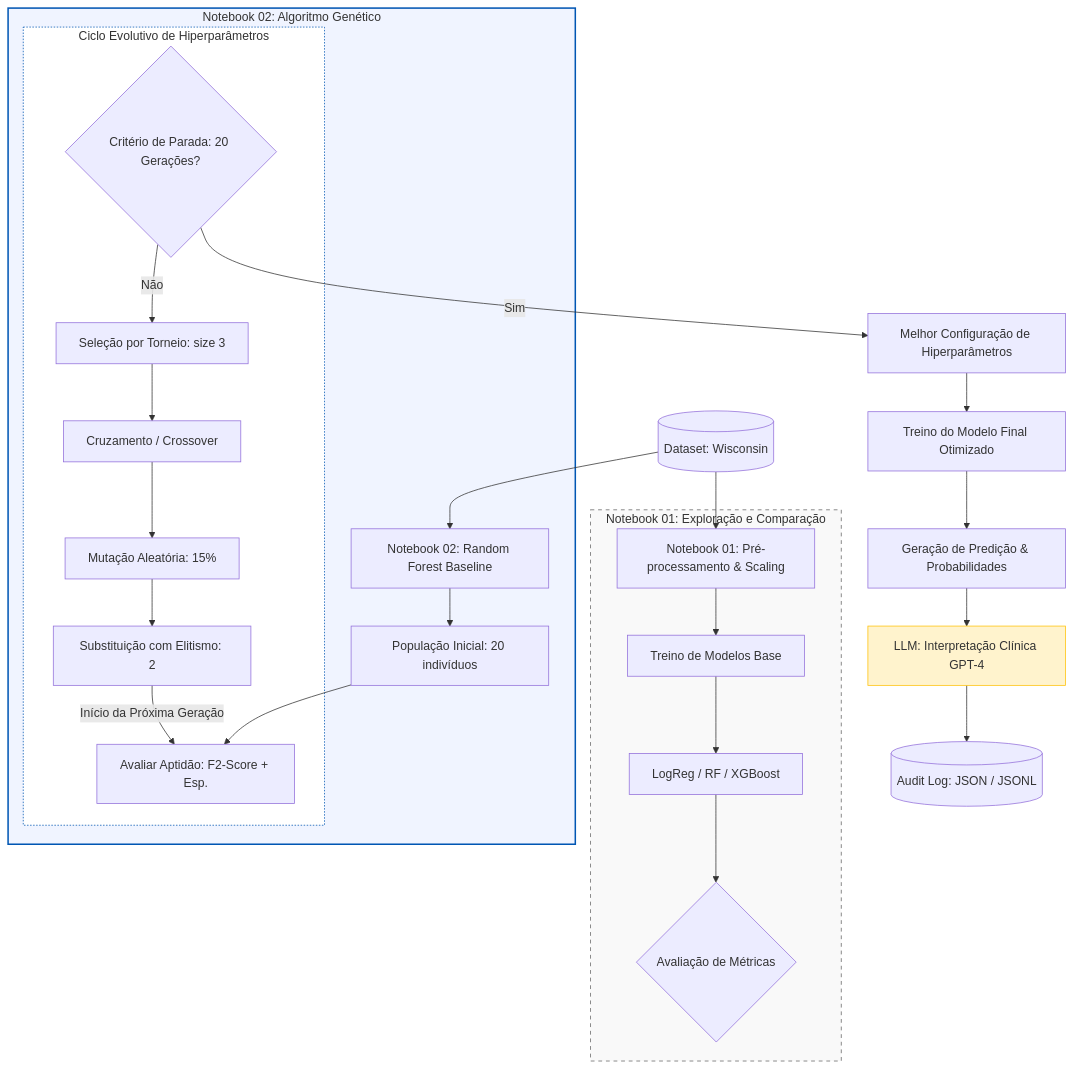
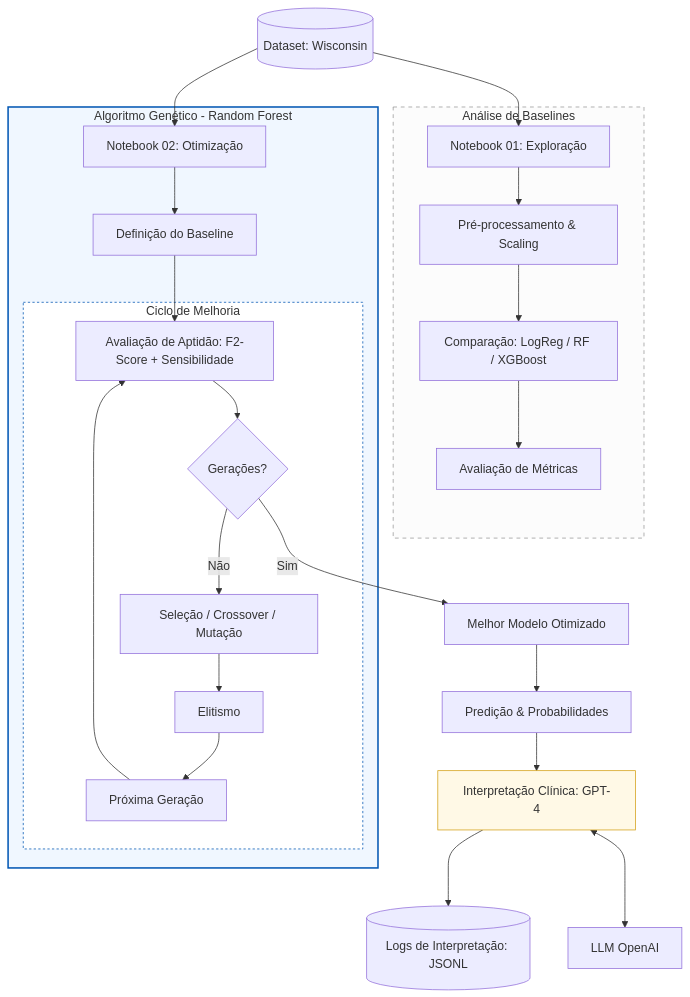
Before and after one commit to seiji8503/fiap-ia-tech-challenge-2-women-health: the diagram in readme.md, drawn with Mermaid.

Commit message:
Architecture

````diff
--- a/readme.md
+++ b/readme.md
@@ -102,43 +102,45 @@
 ```mermaid
-flowchart TD
-    %% Base de Dados
-    A[(Dataset: Wisconsin)] --> B1[Notebook 01: Pré-processamento & Scaling]
-    A[(Dataset: Wisconsin)] --> B2[Notebook 02: Random Forest Baseline]
+flowchart TB
+ subgraph N1["Análise de Baselines"]
+        Pre["Pré-processamento & Scaling"]
+        N1_Start["Notebook 01: Exploração"]
+        Comp["Comparação: LogReg / RF / XGBoost"]
+        Eval_N1["Avaliação de Métricas"]
+  end
+ subgraph Loop["Ciclo de Melhoria"]
+        Fit["Avaliação de Aptidão: F2-Score + Sensibilidade"]
+        Stop{"Gerações?"}
+        Genetic["Seleção / Crossover / Mutação"]
+        Elite["Elitismo"]
+        n1["Próxima Geração"]
+  end
+ subgraph N2["Algoritmo Genético - Random Forest"]
+        Base["Definição do Baseline"]
+        N2_Start["Notebook 02: Otimização"]
+        Loop
+  end
+    Data[("Dataset: Wisconsin")] --> N1_Start & N2_Start
+    N1_Start --> Pre
+    Pre --> Comp
+    Comp --> Eval_N1
+    N2_Start --> Base
+    Stop -- Não --> Genetic
+    Genetic --> Elite
+    Stop -- Sim --> Best["Melhor Modelo Otimizado"]
+    Best --> Predict["Predição & Probabilidades"]
+    Predict --> LLM["Interpretação Clínica: GPT-4"]
+    LLM --> Audit[("Logs de Interpretação: JSONL")]
+    LLM <--> n2["LLM OpenAI"]
+    Fit --> Stop
+    n1 --> Fit
+    Elite --> n1
+    Base --> Fit
 
-    %% Notebook 01: Fluxo em Paralelo
-    subgraph N1 [Notebook 01: Exploração e Comparação]
-        B1 --> C1[Treino de Modelos Base]
-        C1 --> C2[LogReg / RF / XGBoost]
-        C2 --> C3{Avaliação de Métricas}
-    end
-
-    %% Notebook 02: Otimização via GA
-    subgraph N2 [Notebook 02: Algoritmo Genético]
-        B2 --> G1[População Inicial: 20 indivíduos]
-        
-        subgraph GA [Ciclo Evolutivo de Hiperparâmetros]
-            G2[Avaliar Aptidão: F2-Score + Esp.]
-            G3{Critério de Parada: 20 Gerações?}
-            
-            G3 -- Não --> G4[Seleção por Torneio: size 3]
-            G4 --> G5[Cruzamento / Crossover]
-            G5 --> G6[Mutação Aleatória: 15%]
-            G6 --> G7[Substituição com Elitismo: 2]
-            G7 -- "Início da Próxima Geração" --> G2
-        end
-        G1 --> G2
-    end
-
-    %% Finalização e LLM
-    G3 -- Sim --> E[Melhor Configuração de Hiperparâmetros]
-    E --> F[Treino do Modelo Final Otimizado]
-    F --> G[Geração de Predição & Probabilidades]
-    G --> H[LLM: Interpretação Clínica GPT-4]
-    H --> I[(Audit Log: JSON / JSONL)]
-
-    %% Estilização
-    style N1 fill:#f9f9f9,stroke:#666,stroke-dasharray: 5 5
-    style N2 fill:#f0f4ff,stroke:#0056b3,stroke-width:2px
-    style GA fill:#ffffff,stroke:#0056b3,stroke-dasharray: 2 2
-    style H fill:#fff3cd,stroke:#ffc107
+    Eval_N1@{ shape: rect}
+    n1@{ shape: rect}
+    n2@{ shape: rect}
+    style Loop fill:#ffffff,stroke:#0056b3,stroke-dasharray: 3 3
+    style LLM fill:#fff9e6,stroke:#d4a017
+    style N1 fill:#fcfcfc,stroke:#999,stroke-dasharray: 5 5
+    style N2 fill:#f0f7ff,stroke:#0056b3,stroke-width:2px
 ```
````
